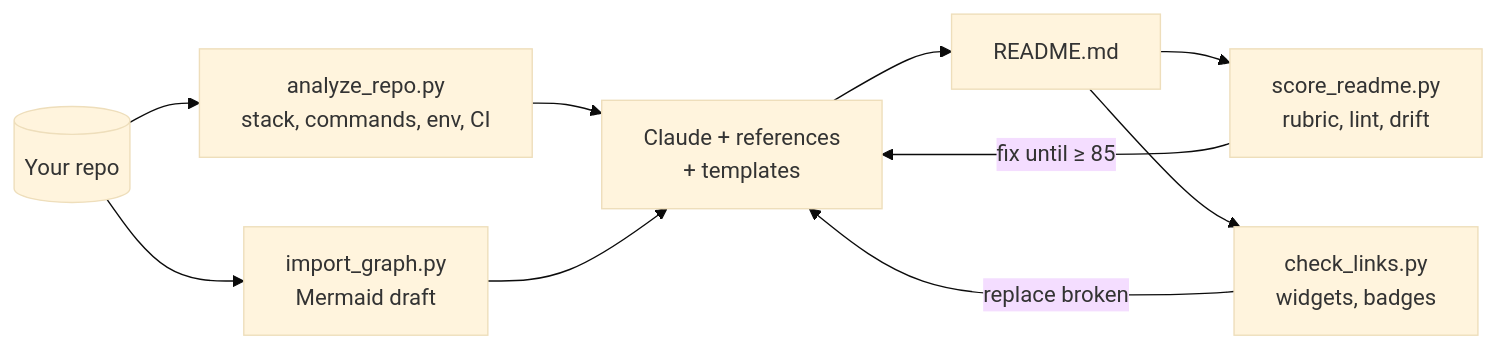
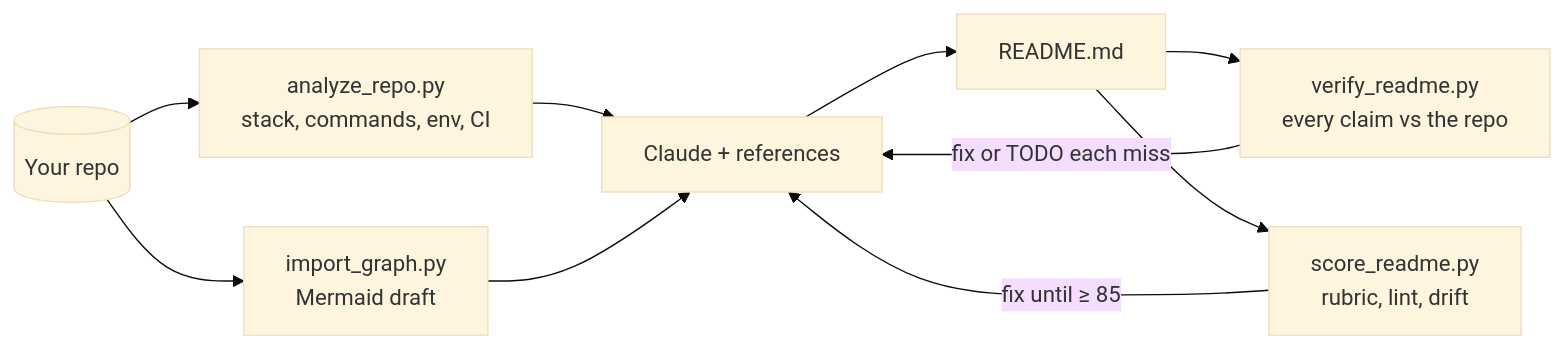
The diagram in readme-forge/README.md (tanmayai23/README-Editor-skill), drawn with Mermaid (base theme) before and after one commit. The commit also changed other lines of this file and 295 other files, not shown here.

````diff
--- a/readme-forge/README.md
+++ b/readme-forge/README.md
@@ -72,14 +48,14 @@
 ```mermaid
 flowchart LR
     accTitle: readme-forge workflow
-    accDescr: The repository is analyzed by scripts, then Claude writes the README from the facts and templates, then the scorer and link checker verify it in a loop.
+    accDescr: Scripts read the repository, Claude writes the README from those facts, then the verifier and scorer check it in a loop.
     repo[("Your repo")] --> analyze["analyze_repo.py<br/>stack, commands, env, CI"]
     repo --> imports["import_graph.py<br/>Mermaid draft"]
-    analyze --> claude["Claude + references<br/>+ templates"]
+    analyze --> claude["Claude + references"]
     imports --> claude
     claude --> readme["README.md"]
+    readme --> verify["verify_readme.py<br/>every claim vs the repo"]
     readme --> score["score_readme.py<br/>rubric, lint, drift"]
-    readme --> links["check_links.py<br/>widgets, badges"]
+    verify -->|"fix or TODO each miss"| claude
     score -->|"fix until ≥ 85"| claude
-    links -->|"replace broken"| claude
 ```
````
